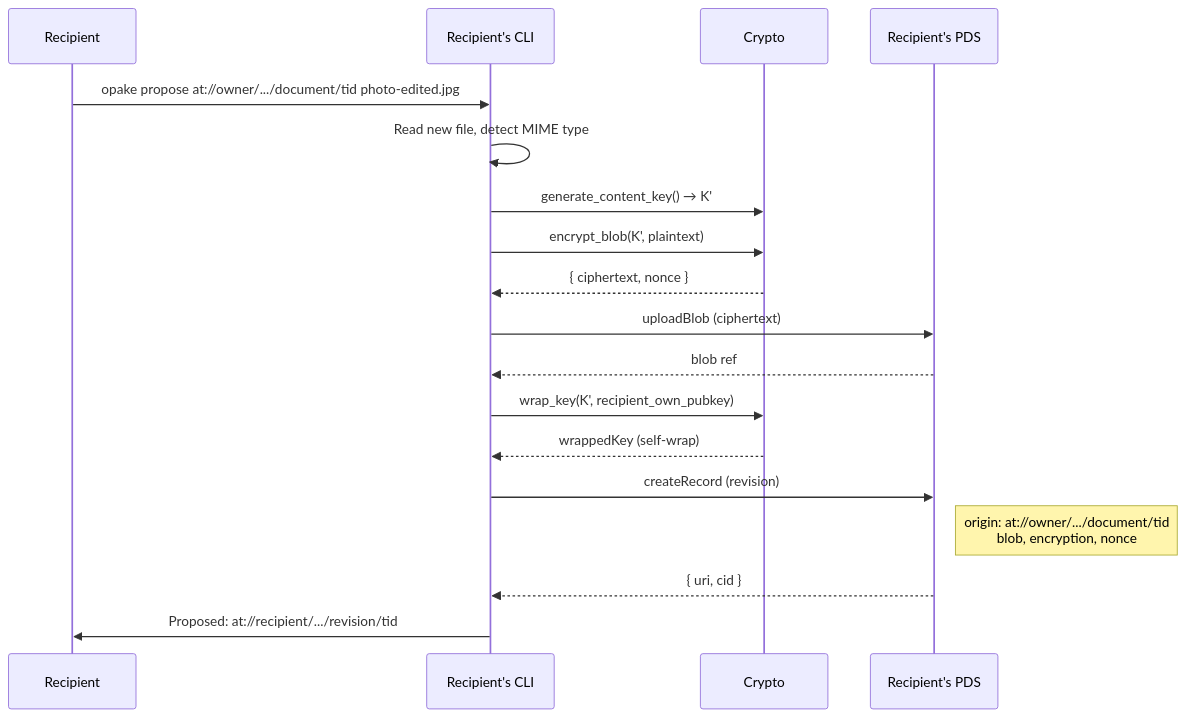
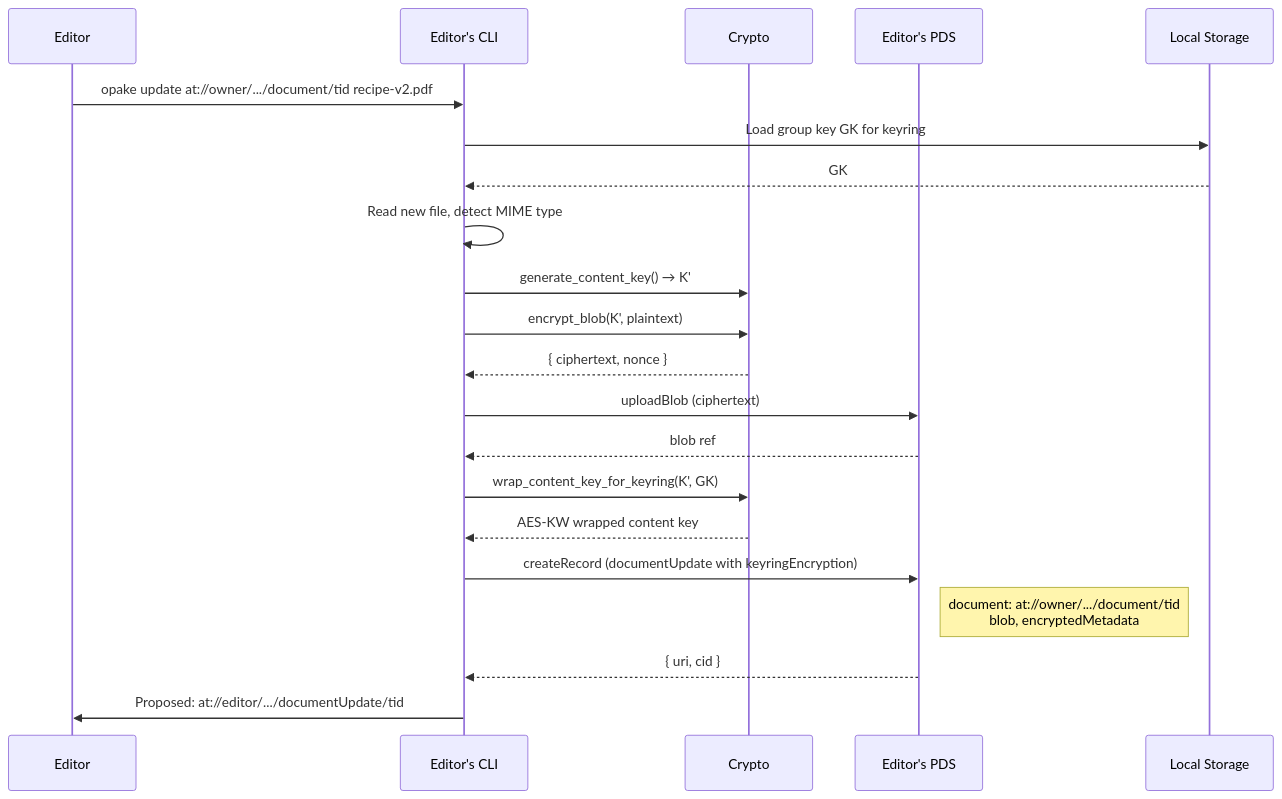
The first of 4 diagrams in docs/flows/revisions.md (Sans-Self/Opake), drawn with Mermaid before and after one commit. The commit also changed other lines of this file and 363 other files, not shown here.

````diff
--- a/docs/flows/revisions.md
+++ b/docs/flows/revisions.md
@@ -9,26 +9,30 @@
 ```mermaid
 sequenceDiagram
-    participant Recipient
-    participant CLI as Recipient's CLI
+    participant Editor
+    participant CLI as Editor's CLI
     participant Crypto
-    participant RecipientPDS as Recipient's PDS
+    participant EditorPDS as Editor's PDS
+    participant Disk as Local Storage
 
-    Recipient->>CLI: opake propose at://owner/.../document/tid photo-edited.jpg
+    Editor->>CLI: opake update at://owner/.../document/tid recipe-v2.pdf
+
+    CLI->>Disk: Load group key GK for keyring
+    Disk-->>CLI: GK
 
     CLI->>CLI: Read new file, detect MIME type
     CLI->>Crypto: generate_content_key() → K'
     CLI->>Crypto: encrypt_blob(K', plaintext)
     Crypto-->>CLI: { ciphertext, nonce }
 
-    CLI->>RecipientPDS: uploadBlob (ciphertext)
-    RecipientPDS-->>CLI: blob ref
+    CLI->>EditorPDS: uploadBlob (ciphertext)
+    EditorPDS-->>CLI: blob ref
 
-    CLI->>Crypto: wrap_key(K', recipient_own_pubkey)
-    Crypto-->>CLI: wrappedKey (self-wrap)
+    CLI->>Crypto: wrap_content_key_for_keyring(K', GK)
+    Crypto-->>CLI: AES-KW wrapped content key
 
-    CLI->>RecipientPDS: createRecord (revision)
-    Note right of RecipientPDS: origin: at://owner/.../document/tid<br/>blob, encryption, nonce
-    RecipientPDS-->>CLI: { uri, cid }
+    CLI->>EditorPDS: createRecord (documentUpdate with keyringEncryption)
+    Note right of EditorPDS: document: at://owner/.../document/tid<br/>blob, encryptedMetadata
+    EditorPDS-->>CLI: { uri, cid }
 
-    CLI->>Recipient: Proposed: at://recipient/.../revision/tid
+    CLI->>Editor: Proposed: at://editor/.../documentUpdate/tid
 ```
````
